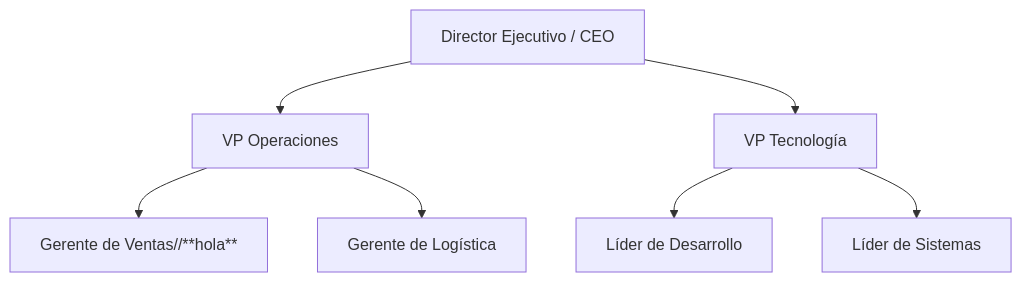
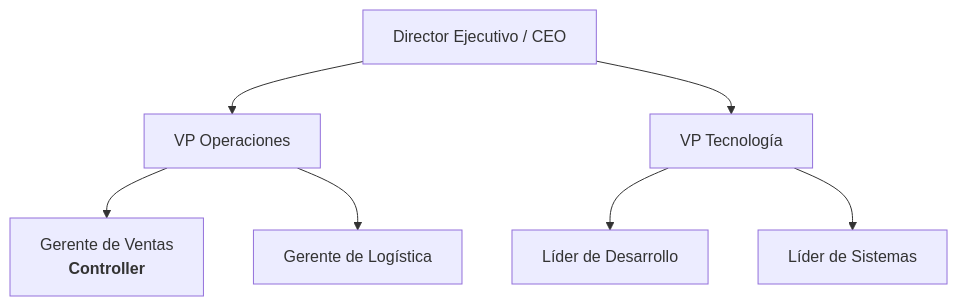
One commit to reynaldocv/macusp changed the diagram in README.md. Above: the diagram before and after it, drawn with Mermaid.

````diff
--- a/README.md
+++ b/README.md
@@ -243,11 +243,11 @@
 ```mermaid
 graph TD
     CEO[Director Ejecutivo / CEO] --> VP1[VP Operaciones]
     CEO --> VP2[VP Tecnología]
     
-    VP1 --> M1[Gerente de Ventas//**hola**]
+    VP1 --> M1[Gerente de Ventas<br><b>Controller</b>]
     VP1 --> M2[Gerente de Logística]
     
     VP2 --> M3[Líder de Desarrollo]
     VP2 --> M4[Líder de Sistemas]
 ```
````
